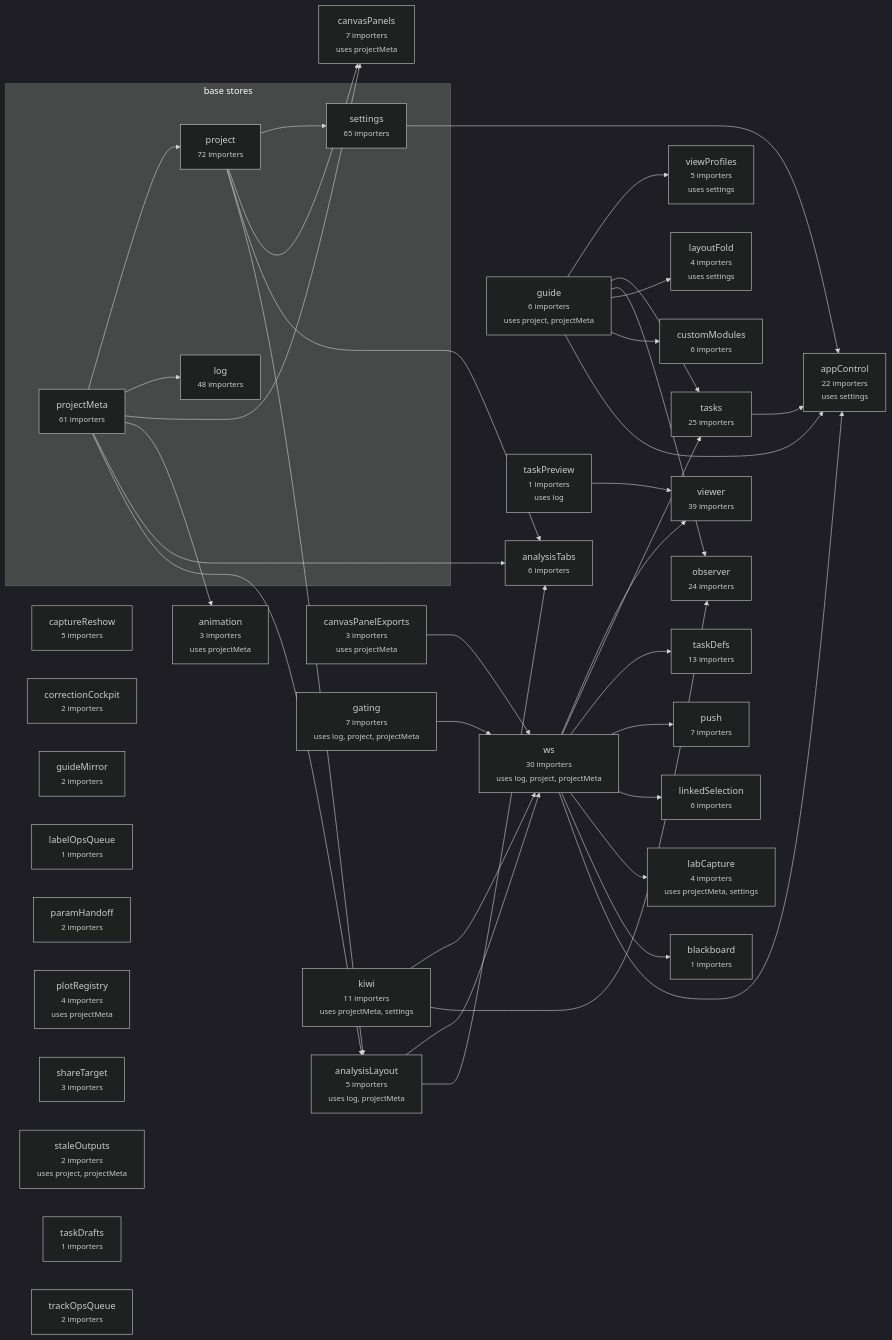
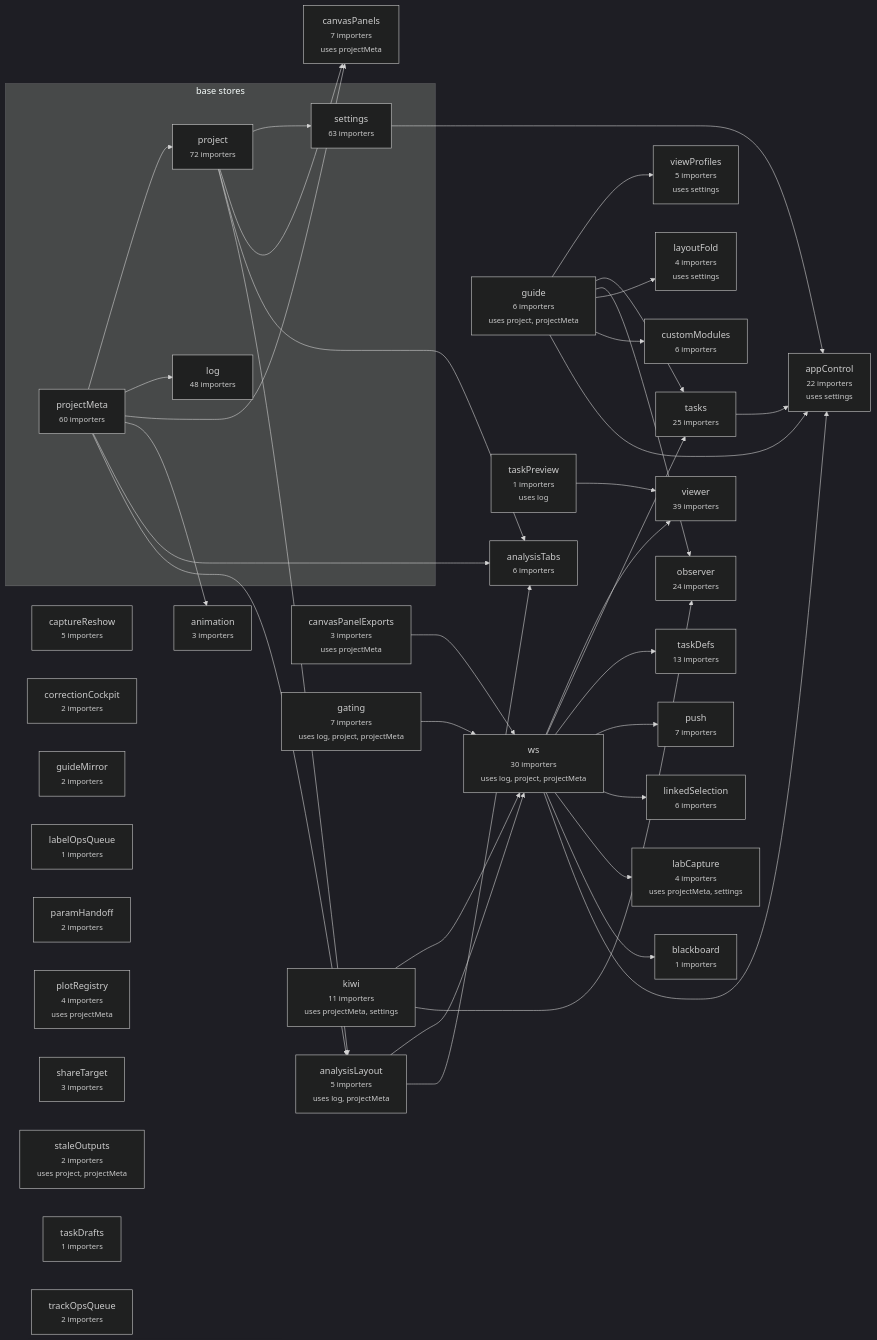
Before and after one commit to schienstockd/cecelia: the diagram in docs/architecture/vue/stores.md, drawn with Mermaid (dark theme). The commit also changed other lines of this file and 33 other files, not shown here.

````diff
--- a/docs/architecture/vue/stores.md
+++ b/docs/architecture/vue/stores.md
@@ -12,74 +12,74 @@
 ```mermaid
 flowchart LR
   subgraph BASE["base stores"]
     log["log<br/><small>48 importers</small>"]
     project["project<br/><small>72 importers</small>"]
-    projectMeta["projectMeta<br/><small>61 importers</small>"]
-    settings["settings<br/><small>65 importers</small>"]
+    projectMeta["projectMeta<br/><small>60 importers</small>"]
+    settings["settings<br/><small>63 importers</small>"]
   end
   analysisLayout["analysisLayout<br/><small>5 importers</small><br/><small>uses log, projectMeta</small>"]
   analysisTabs["analysisTabs<br/><small>6 importers</small>"]
-  animation["animation<br/><small>3 importers</small><br/><small>uses projectMeta</small>"]
+  animation["animation<br/><small>3 importers</small>"]
   appControl["appControl<br/><small>22 importers</small><br/><small>uses settings</small>"]
   blackboard["blackboard<br/><small>1 importers</small>"]
   canvasPanelExports["canvasPanelExports<br/><small>3 importers</small><br/><small>uses projectMeta</small>"]
   canvasPanels["canvasPanels<br/><small>7 importers</small><br/><small>uses projectMeta</small>"]
   captureReshow["captureReshow<br/><small>5 importers</small>"]
   correctionCockpit["correctionCockpit<br/><small>2 importers</small>"]
   customModules["customModules<br/><small>6 importers</small>"]
   gating["gating<br/><small>7 importers</small><br/><small>uses log, project, projectMeta</small>"]
   guide["guide<br/><small>6 importers</small><br/><small>uses project, projectMeta</small>"]
   guideMirror["guideMirror<br/><small>2 importers</small>"]
   kiwi["kiwi<br/><small>11 importers</small><br/><small>uses projectMeta, settings</small>"]
   labCapture["labCapture<br/><small>4 importers</small><br/><small>uses projectMeta, settings</small>"]
   labelOpsQueue["labelOpsQueue<br/><small>1 importers</small>"]
   layoutFold["layoutFold<br/><small>4 importers</small><br/><small>uses settings</small>"]
   linkedSelection["linkedSelection<br/><small>6 importers</small>"]
   observer["observer<br/><small>24 importers</small>"]
   paramHandoff["paramHandoff<br/><small>2 importers</small>"]
   plotRegistry["plotRegistry<br/><small>4 importers</small><br/><small>uses projectMeta</small>"]
   push["push<br/><small>7 importers</small>"]
   shareTarget["shareTarget<br/><small>3 importers</small>"]
   staleOutputs["staleOutputs<br/><small>2 importers</small><br/><small>uses project, projectMeta</small>"]
   taskDefs["taskDefs<br/><small>13 importers</small>"]
   taskDrafts["taskDrafts<br/><small>1 importers</small>"]
   taskPreview["taskPreview<br/><small>1 importers</small><br/><small>uses log</small>"]
   tasks["tasks<br/><small>25 importers</small>"]
   trackOpsQueue["trackOpsQueue<br/><small>2 importers</small>"]
   viewProfiles["viewProfiles<br/><small>5 importers</small><br/><small>uses settings</small>"]
   viewer["viewer<br/><small>39 importers</small>"]
   ws["ws<br/><small>30 importers</small><br/><small>uses log, project, projectMeta</small>"]
   analysisLayout --> analysisTabs
   analysisLayout --> ws
   canvasPanelExports --> ws
   gating --> ws
   guide --> appControl
   guide --> customModules
   guide --> layoutFold
   guide --> observer
   guide --> tasks
   guide --> viewProfiles
   kiwi --> observer
   kiwi --> ws
   project --> analysisLayout
   project --> analysisTabs
   project --> canvasPanels
   project --> settings
   projectMeta --> analysisLayout
   projectMeta --> analysisTabs
   projectMeta --> animation
   projectMeta --> canvasPanels
   projectMeta --> log
   projectMeta --> project
   settings --> appControl
   taskPreview --> viewer
   tasks --> appControl
   ws --> appControl
   ws --> blackboard
   ws --> labCapture
   ws --> linkedSelection
   ws --> push
   ws --> taskDefs
   ws --> tasks
   ws --> viewer
 ```
````
